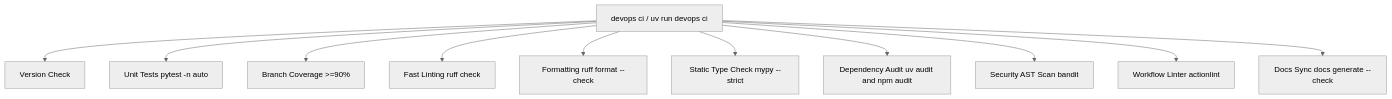
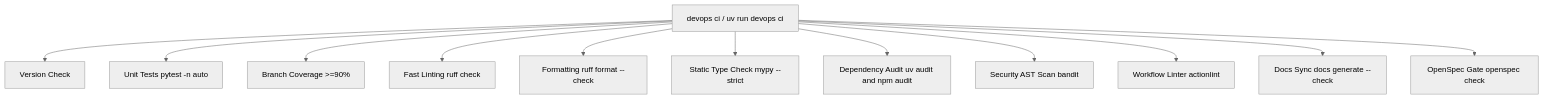
The diagram in src/devops_cli/ai/knowledge_base/devops_cli/tasks/ci_quality_gate.md (dan-petty/devops-cli), drawn with Mermaid (neutral theme) before and after one commit. The commit also changed other lines of this file and 60 other files, not shown here.

First line of the commit message:
feat(openspec): gate OpenSpec change folders and committed skills in devops ci

````diff
--- a/src/devops_cli/ai/knowledge_base/devops_cli/tasks/ci_quality_gate.md
+++ b/src/devops_cli/ai/knowledge_base/devops_cli/tasks/ci_quality_gate.md
@@ -11,13 +11,14 @@
 ```mermaid
 graph TD
     A[devops ci / uv run devops ci] --> B[Version Check]
     A --> C[Unit Tests pytest -n auto]
     A --> D[Branch Coverage >=90%]
     A --> E[Fast Linting ruff check]
     A --> F[Formatting ruff format --check]
     A --> G[Static Type Check mypy --strict]
     A --> H[Dependency Audit uv audit and npm audit]
     A --> I[Security AST Scan bandit]
     A --> J[Workflow Linter actionlint]
     A --> K[Docs Sync docs generate --check]
+    A --> L[OpenSpec Gate openspec check]
 ```
````
